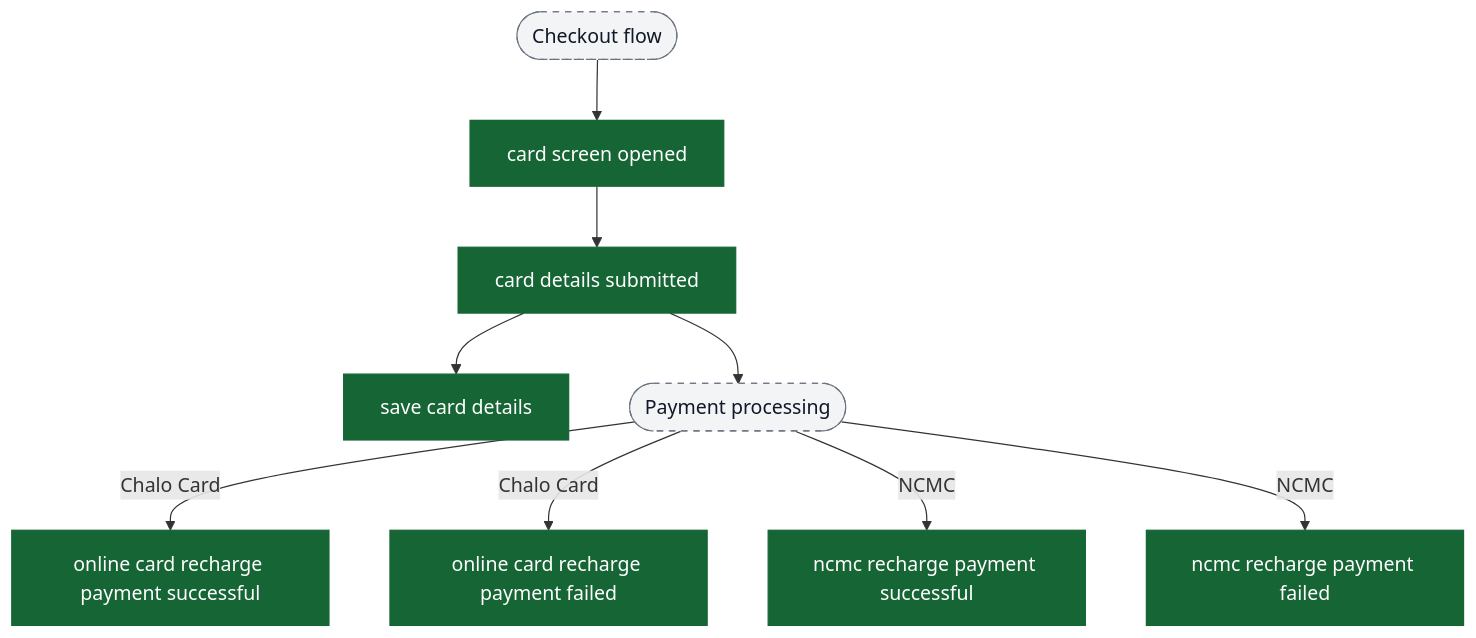
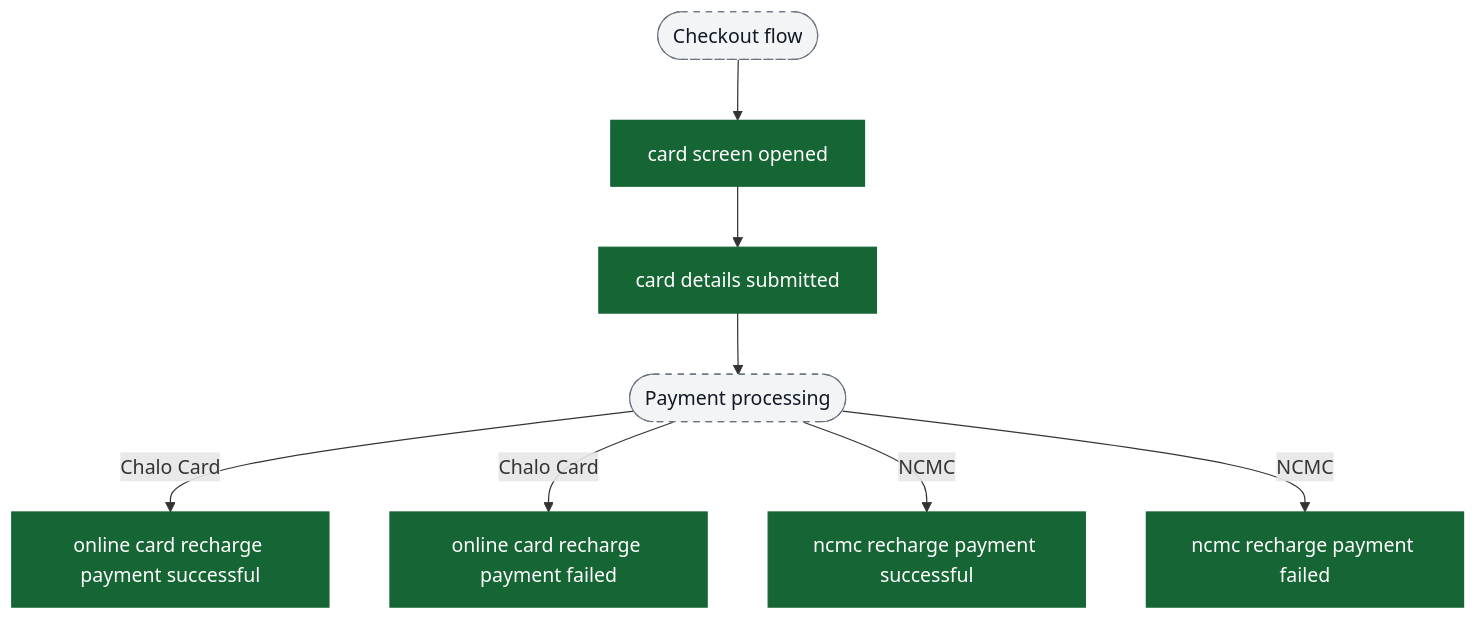
Before and after one commit to ratulsarna/chalo-app-dashboard: the tenth of 12 diagrams in content/analytics/card/flow-diagrams.md, drawn with Mermaid. The commit also changed other lines of this file and 2 other files, not shown here.

````diff
--- a/content/analytics/card/flow-diagrams.md
+++ b/content/analytics/card/flow-diagrams.md
@@ -232,18 +227,17 @@
 ```mermaid
 flowchart TD
   ui_checkout([Checkout flow]) --> ev_cardScreenOpen["card screen opened"]
   ev_cardScreenOpen --> ev_cardSubmitted["card details submitted"]
-  ev_cardSubmitted --> ev_saveCard["save card details"]
 
   ev_cardSubmitted --> ui_paymentResult([Payment processing])
   ui_paymentResult -->|Chalo Card| ev_chaloSuccess["online card recharge payment successful"]
   ui_paymentResult -->|Chalo Card| ev_chaloFailed["online card recharge payment failed"]
   ui_paymentResult -->|NCMC| ev_ncmcSuccess["ncmc recharge payment successful"]
   ui_paymentResult -->|NCMC| ev_ncmcFailed["ncmc recharge payment failed"]
 
   classDef event fill:#166534,stroke:#166534,color:#ffffff;
   classDef ui fill:#f3f4f6,stroke:#6b7280,stroke-dasharray: 5 5,color:#111827;
 
-  class ev_cardScreenOpen,ev_cardSubmitted,ev_saveCard,ev_chaloSuccess,ev_chaloFailed,ev_ncmcSuccess,ev_ncmcFailed event;
+  class ev_cardScreenOpen,ev_cardSubmitted,ev_chaloSuccess,ev_chaloFailed,ev_ncmcSuccess,ev_ncmcFailed event;
   class ui_checkout,ui_paymentResult ui;
 ```
````
